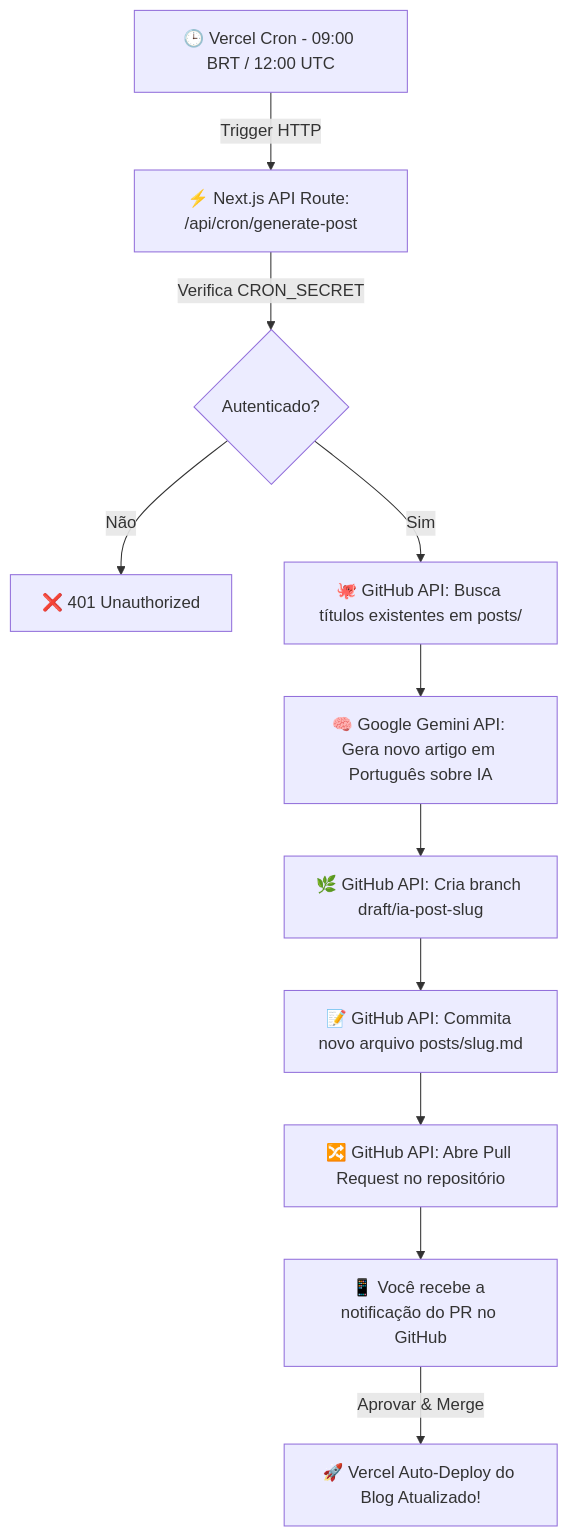
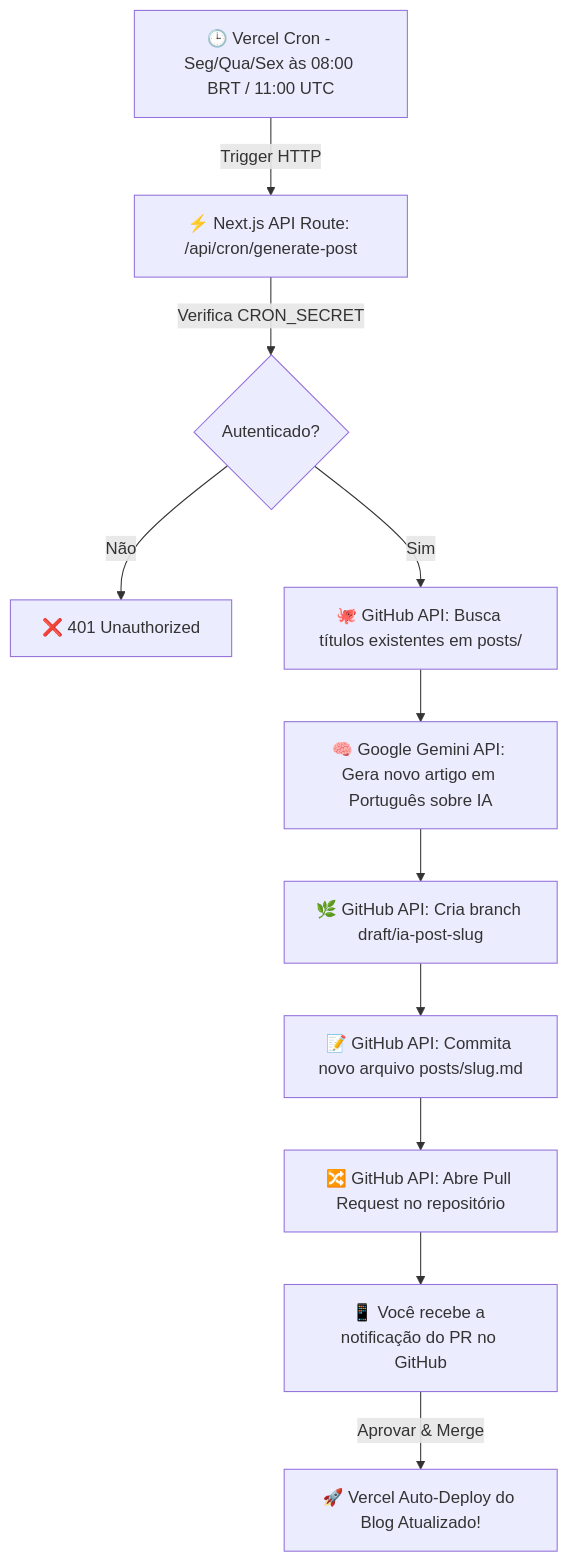
The diagram in README.md (eduardodarocha/nextjs-blog), drawn with Mermaid before and after one commit. The commit also changed 2 other files, not shown here.

Commit message:
feat(cron): update schedule to Mon/Wed/Fri at 08:00 BRT (11:00 UTC)

````diff
--- a/README.md
+++ b/README.md
@@ -39,13 +39,13 @@
 ```mermaid
 flowchart TD
-    A[🕒 Vercel Cron - 09:00 BRT / 12:00 UTC] -->|Trigger HTTP| B[⚡ Next.js API Route: /api/cron/generate-post]
+    A[🕒 Vercel Cron - Seg/Qua/Sex às 08:00 BRT / 11:00 UTC] -->|Trigger HTTP| B[⚡ Next.js API Route: /api/cron/generate-post]
     B -->|Verifica CRON_SECRET| C{Autenticado?}
     C -- Não --> D[❌ 401 Unauthorized]
     C -- Sim --> E[🐙 GitHub API: Busca títulos existentes em posts/]
     E --> F[🧠 Google Gemini API: Gera novo artigo em Português sobre IA]
     F --> G[🌿 GitHub API: Cria branch draft/ia-post-slug]
     G --> H[📝 GitHub API: Commita novo arquivo posts/slug.md]
     H --> I[🔀 GitHub API: Abre Pull Request no repositório]
     I --> J[📱 Você recebe a notificação do PR no GitHub]
     J -->|Aprovar & Merge| K[🚀 Vercel Auto-Deploy do Blog Atualizado!]
 ```
````
